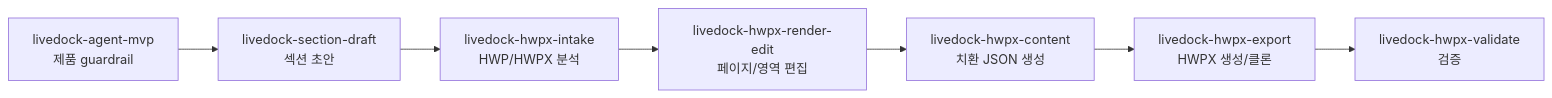
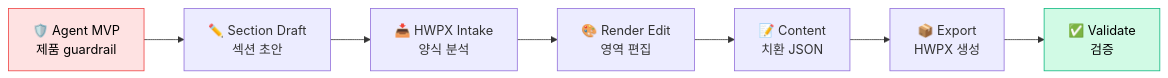
Before and after one commit to mingyugim090-debug/DockLive: the fifth of 6 diagrams in README.md, drawn with Mermaid. The commit also changed other lines of this file, not shown here.

Commit message:
docs: README 전면 개편 — AI Agent 아키텍처 강조, Ver2 기관 워크플로우 반영, 최신 기능 업데이트

````diff
--- a/README.md
+++ b/README.md
@@ -61,9 +341,15 @@
 ```mermaid
 flowchart LR
-  A["livedock-agent-mvp<br/>제품 guardrail"] --> B["livedock-section-draft<br/>섹션 초안"]
-  B --> C["livedock-hwpx-intake<br/>HWP/HWPX 분석"]
-  C --> D["livedock-hwpx-render-edit<br/>페이지/영역 편집"]
-  D --> E["livedock-hwpx-content<br/>치환 JSON 생성"]
-  E --> F["livedock-hwpx-export<br/>HWPX 생성/클론"]
-  F --> G["livedock-hwpx-validate<br/>검증"]
+    S1["🛡️ Agent MVP<br/>제품 guardrail"]
+    S2["✏️ Section Draft<br/>섹션 초안"]
+    S3["📥 HWPX Intake<br/>양식 분석"]
+    S4["🎨 Render Edit<br/>영역 편집"]
+    S5["📝 Content<br/>치환 JSON"]
+    S6["📦 Export<br/>HWPX 생성"]
+    S7["✅ Validate<br/>검증"]
+
+    S1 --> S2 --> S3 --> S4 --> S5 --> S6 --> S7
+
+    style S1 fill:#fee2e2,stroke:#ef4444,color:#000
+    style S7 fill:#d1fae5,stroke:#10b981,color:#000
 ```
````
